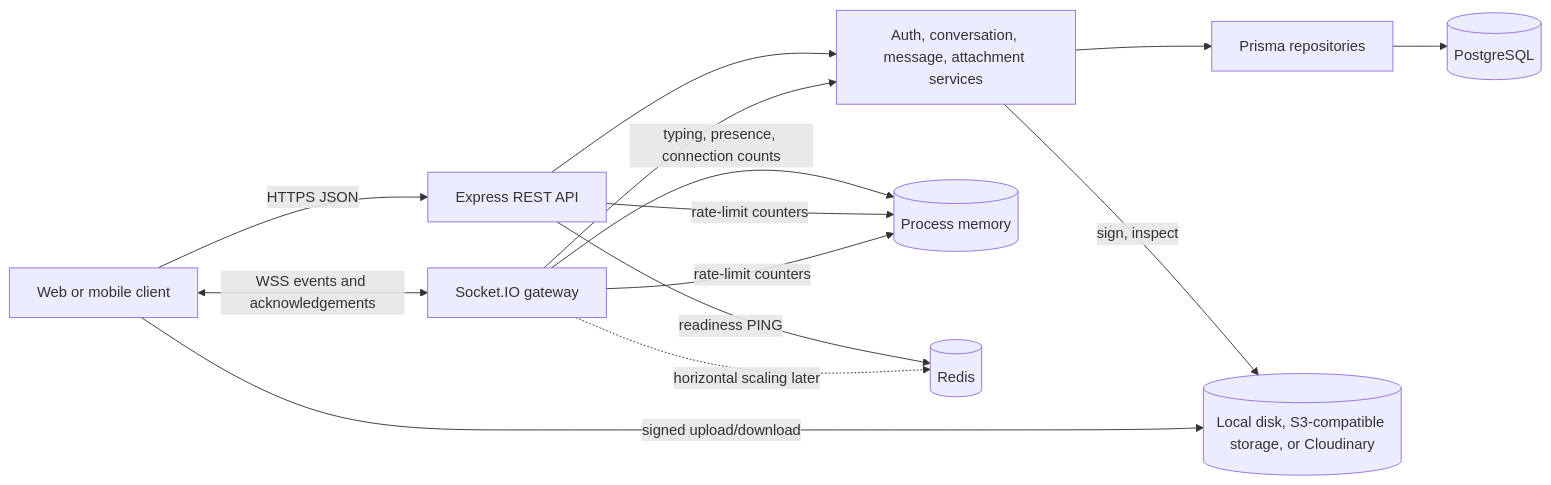
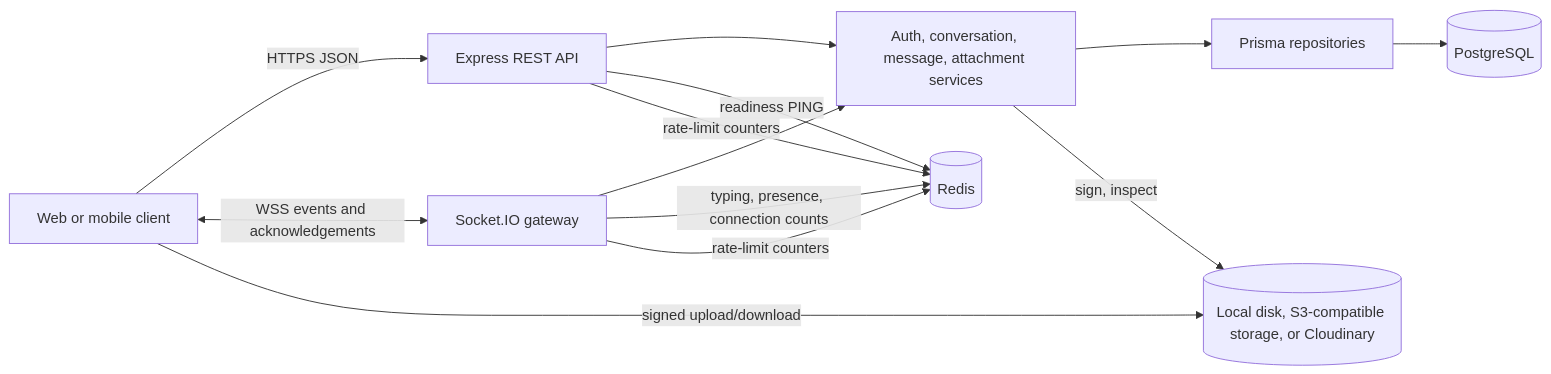
One commit to codephoenix86/convo changed the diagram in docs/architecture.md. Above: the diagram before and after it, drawn with Mermaid. The commit also changed other lines of this file and 19 other files, not shown here.

````diff
--- a/docs/architecture.md
+++ b/docs/architecture.md
@@ -5,26 +5,24 @@
 ```mermaid
 flowchart LR
   Client[Web or mobile client]
   HTTP[Express REST API]
   Socket[Socket.IO gateway]
   Services[Auth, conversation, message, attachment services]
   Repositories[Prisma repositories]
   PostgreSQL[(PostgreSQL)]
-  Memory[(Process memory)]
   Storage[(Local disk, S3-compatible storage, or Cloudinary)]
   Redis[(Redis)]
 
   Client -->|HTTPS JSON| HTTP
   Client <-->|WSS events and acknowledgements| Socket
   HTTP --> Services
   Socket --> Services
   Services --> Repositories
   Repositories --> PostgreSQL
   HTTP -->|readiness PING| Redis
   Services -->|sign, inspect| Storage
   Client -->|signed upload/download| Storage
-  Socket -->|typing, presence, connection counts| Memory
-  HTTP -->|rate-limit counters| Memory
-  Socket -->|rate-limit counters| Memory
-  Socket -.->|horizontal scaling later| Redis
+  Socket -->|typing, presence, connection counts| Redis
+  HTTP -->|rate-limit counters| Redis
+  Socket -->|rate-limit counters| Redis
 ```
````
